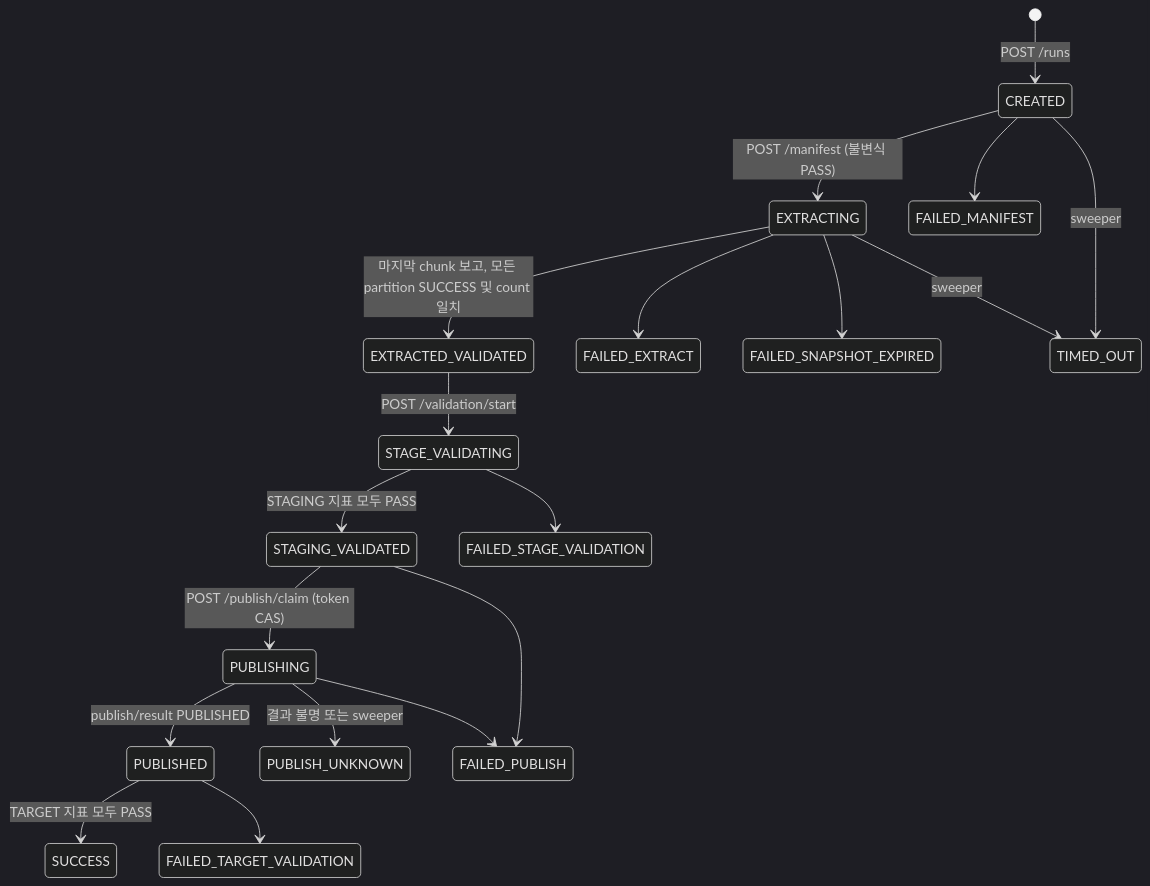
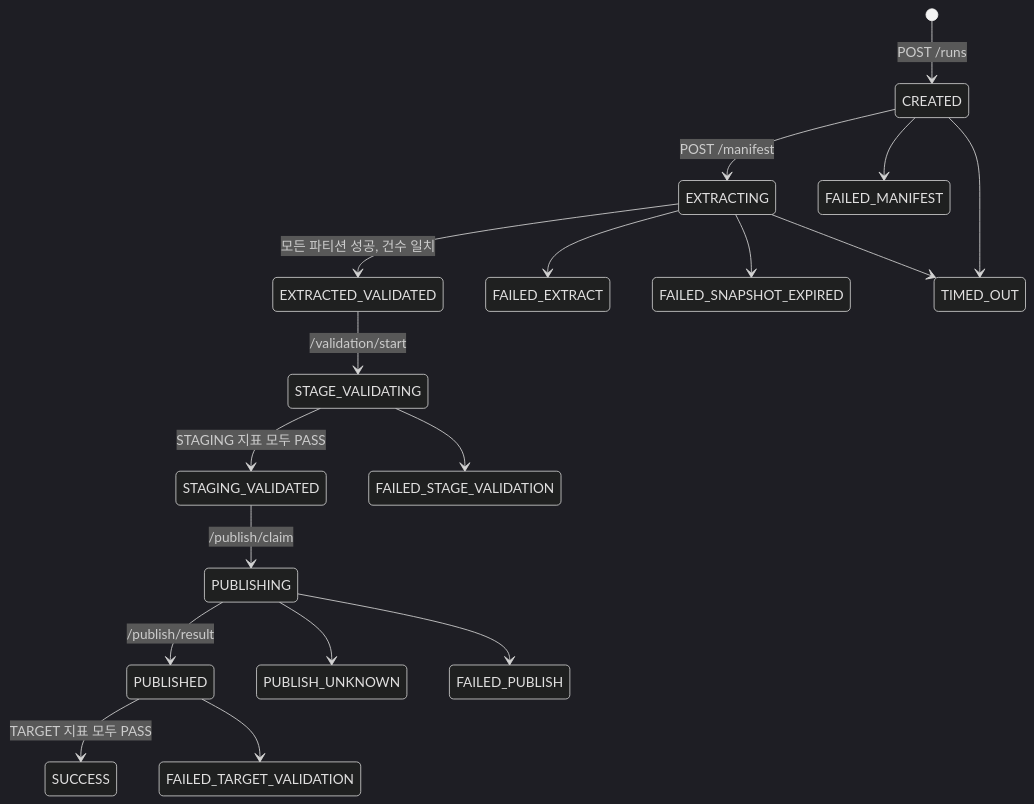
One commit to DataDynamics/nifi-sqoop-removal changed the second of 2 diagrams in nifi-sqoop-removal-guide.md. Above: the diagram before and after it, drawn with Mermaid (dark theme). The commit also changed other lines of this file and 53 other files, not shown here.

````diff
--- a/nifi-sqoop-removal-guide.md
+++ b/nifi-sqoop-removal-guide.md
@@ -1779,22 +478,21 @@
 ```mermaid
 stateDiagram-v2
     [*] --> CREATED: POST /runs
-    CREATED --> EXTRACTING: POST /manifest (불변식 PASS)
-    EXTRACTING --> EXTRACTED_VALIDATED: 마지막 chunk 보고, 모든 partition SUCCESS 및 count 일치
-    EXTRACTED_VALIDATED --> STAGE_VALIDATING: POST /validation/start
+    CREATED --> EXTRACTING: POST /manifest
+    EXTRACTING --> EXTRACTED_VALIDATED: 모든 파티션 성공, 건수 일치
+    EXTRACTED_VALIDATED --> STAGE_VALIDATING: /validation/start
     STAGE_VALIDATING --> STAGING_VALIDATED: STAGING 지표 모두 PASS
-    STAGING_VALIDATED --> PUBLISHING: POST /publish/claim (token CAS)
-    PUBLISHING --> PUBLISHED: publish/result PUBLISHED
+    STAGING_VALIDATED --> PUBLISHING: /publish/claim
+    PUBLISHING --> PUBLISHED: /publish/result
     PUBLISHED --> SUCCESS: TARGET 지표 모두 PASS
 
     CREATED --> FAILED_MANIFEST
     EXTRACTING --> FAILED_EXTRACT
     EXTRACTING --> FAILED_SNAPSHOT_EXPIRED
-    CREATED --> TIMED_OUT: sweeper
-    EXTRACTING --> TIMED_OUT: sweeper
+    CREATED --> TIMED_OUT
+    EXTRACTING --> TIMED_OUT
     STAGE_VALIDATING --> FAILED_STAGE_VALIDATION
-    STAGING_VALIDATED --> FAILED_PUBLISH
-    PUBLISHING --> PUBLISH_UNKNOWN: 결과 불명 또는 sweeper
+    PUBLISHING --> PUBLISH_UNKNOWN
     PUBLISHING --> FAILED_PUBLISH
     PUBLISHED --> FAILED_TARGET_VALIDATION
 ```
````
